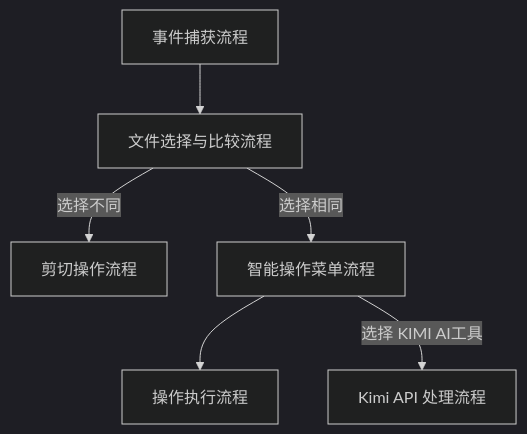
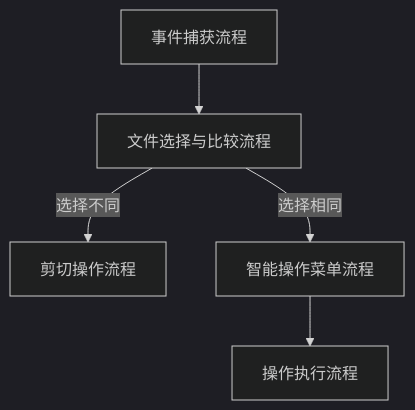
One commit to zhangs-cedar/mac-commondX changed the first of 6 diagrams in 流程图.md. Above: the diagram before and after it, drawn with Mermaid (dark theme). The commit also changed other lines of this file and 4 other files, not shown here.

````diff
--- a/流程图.md
+++ b/流程图.md
@@ -7,8 +7,7 @@
 ```mermaid
 flowchart TD
     EventCapture["事件捕获流程"] --> FileSelection["文件选择与比较流程"]
     FileSelection -->|"选择不同"| CutOperation["剪切操作流程"]
     FileSelection -->|"选择相同"| SmartMenu["智能操作菜单流程"]
     SmartMenu --> OperationExec["操作执行流程"]
-    SmartMenu -->|"选择 KIMI AI工具"| KimiApi["Kimi API 处理流程"]
 ```
````
